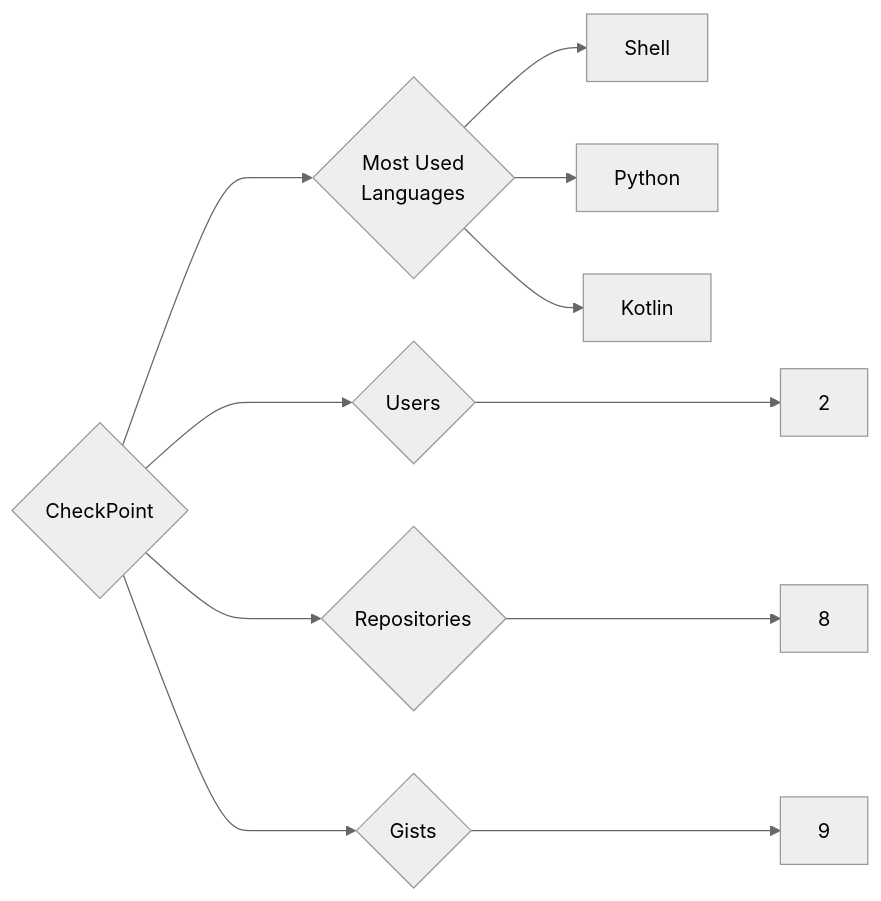
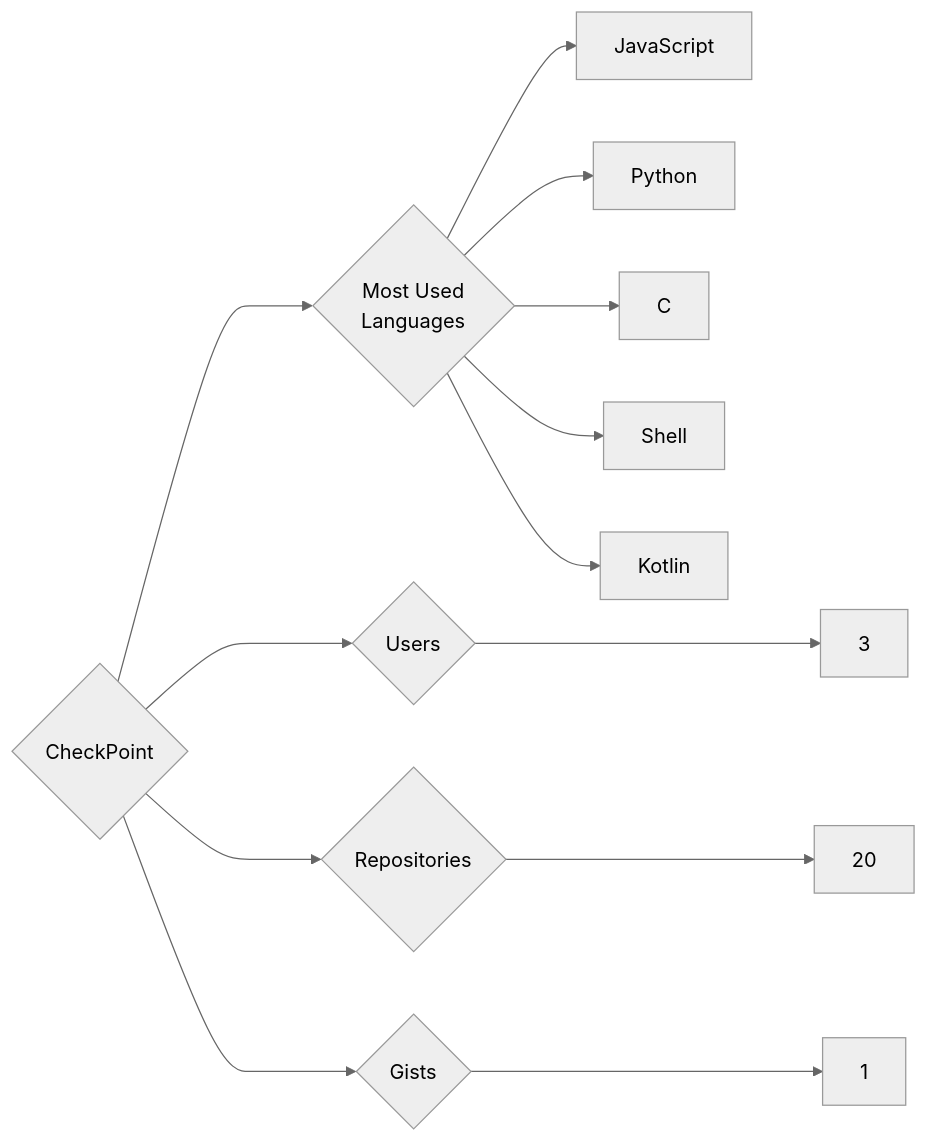
Before and after one commit to trickest/insiders: the diagram in targets/CheckPoint/README.md, drawn with Mermaid (neutral theme). The commit also changed 873 other files, not shown here.

````diff
--- a/targets/CheckPoint/README.md
+++ b/targets/CheckPoint/README.md
@@ -3,11 +3,13 @@
 ```mermaid
 graph LR
 COMPANY_NAME{CheckPoint}
-COMPANY_NAME ---> U{Users} ---> UN[2]
-COMPANY_NAME ---> R{Repositories} ---> RN[8]
-COMPANY_NAME ---> G{Gists} ---> GN[9]
+COMPANY_NAME ---> U{Users} ---> UN[3]
+COMPANY_NAME ---> R{Repositories} ---> RN[20]
+COMPANY_NAME ---> G{Gists} ---> GN[1]
 COMPANY_NAME ---> ML{Most Used<br>Languages}
+ML --> JavaScript[JavaScript]
+ML --> Python[Python]
+ML --> C[C]
 ML --> Shell[Shell]
-ML --> Python[Python]
 ML --> Kotlin[Kotlin]
 ```
````
